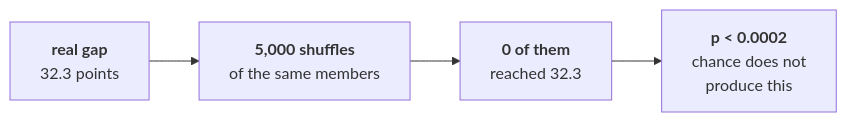
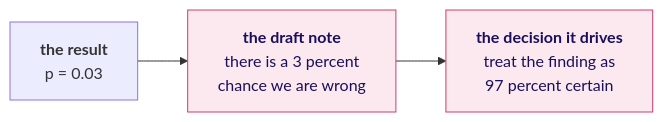
Before and after one commit to fde-academy-lab/c2-content-factory: the seventh of 20 diagrams in content/W01/D4/slides/C2_W01_D04_half1_STUDENT.md, drawn with Mermaid. The commit also changed other lines of this file and 26 other files, not shown here.

````diff
--- a/content/W01/D4/slides/C2_W01_D04_half1_STUDENT.md
+++ b/content/W01/D4/slides/C2_W01_D04_half1_STUDENT.md
@@ -79,6 +322,7 @@
 ```mermaid
 flowchart LR
-    A["<b>real gap</b><br/>32.3 points"] --> B["<b>5,000 shuffles</b><br/>of the same members"]
-    B --> C["<b>0 of them</b><br/>reached 32.3"]
-    C --> D["<b>p &lt; 0.0002</b><br/>chance does not<br/>produce this"]
+    R["<b>the result</b><br/>p = 0.03"] --> W["<b>the draft note</b><br/>there is a 3 percent<br/>chance we are wrong"]
+    W --> D["<b>the decision it drives</b><br/>treat the finding as<br/>97 percent certain"]
+    classDef bad fill:#FBE9EF,stroke:#D63A6A,color:#1A0F5C
+    class W,D bad
 ```
````
